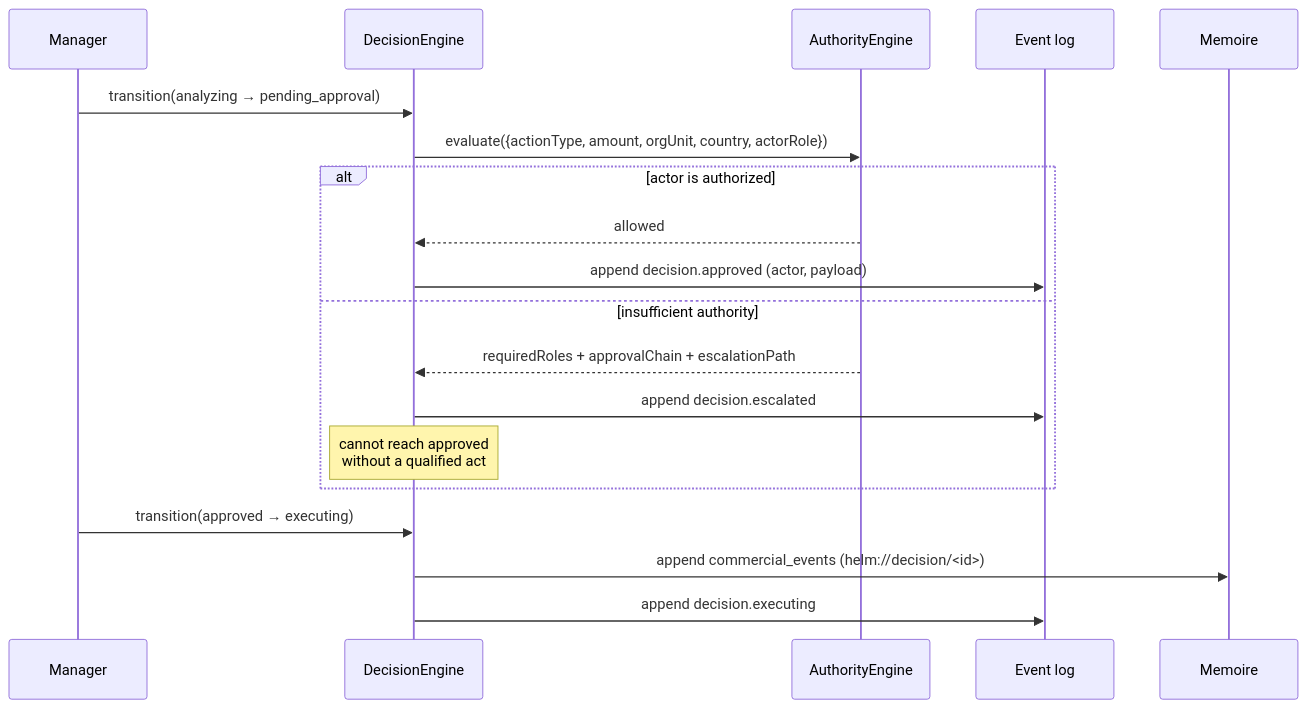
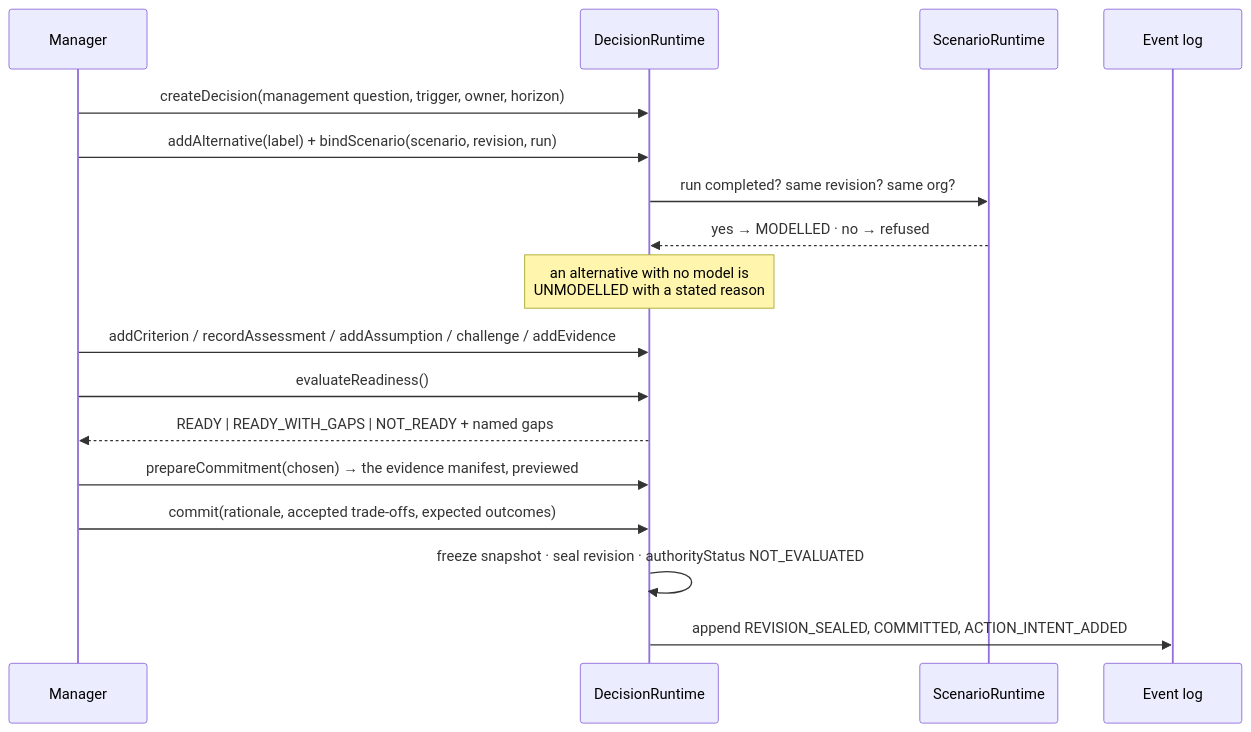
The fourth of 5 diagrams in docs/architecture/data-flow.md (enexiaplatform/helm), drawn with Mermaid before and after one commit. The commit also changed other lines of this file and 62 other files, not shown here.

````diff
--- a/docs/architecture/data-flow.md
+++ b/docs/architecture/data-flow.md
@@ -169,22 +169,20 @@
 ```mermaid
 sequenceDiagram
     participant M as Manager
-    participant D as DecisionEngine
-    participant A as AuthorityEngine
+    participant D as DecisionRuntime
+    participant S as ScenarioRuntime
     participant E as Event log
-    participant MEM as Memoire
 
-    M->>D: transition(analyzing → pending_approval)
-    D->>A: evaluate({actionType, amount, orgUnit, country, actorRole})
-    alt actor is authorized
-        A-->>D: allowed
-        D->>E: append decision.approved (actor, payload)
-    else insufficient authority
-        A-->>D: requiredRoles + approvalChain + escalationPath
-        D->>E: append decision.escalated
-        Note over D: cannot reach approved<br/>without a qualified act
-    end
-    M->>D: transition(approved → executing)
-    D->>MEM: append commercial_events (helm://decision/<id>)
-    D->>E: append decision.executing
+    M->>D: createDecision(management question, trigger, owner, horizon)
+    M->>D: addAlternative(label) + bindScenario(scenario, revision, run)
+    D->>S: run completed? same revision? same org?
+    S-->>D: yes → MODELLED · no → refused
+    Note over D: an alternative with no model is<br/>UNMODELLED with a stated reason
+    M->>D: addCriterion / recordAssessment / addAssumption / challenge / addEvidence
+    M->>D: evaluateReadiness()
+    D-->>M: READY | READY_WITH_GAPS | NOT_READY + named gaps
+    M->>D: prepareCommitment(chosen) → the evidence manifest, previewed
+    M->>D: commit(rationale, accepted trade-offs, expected outcomes)
+    D->>D: freeze snapshot · seal revision · authorityStatus NOT_EVALUATED
+    D->>E: append REVISION_SEALED, COMMITTED, ACTION_INTENT_ADDED
 ```
````
